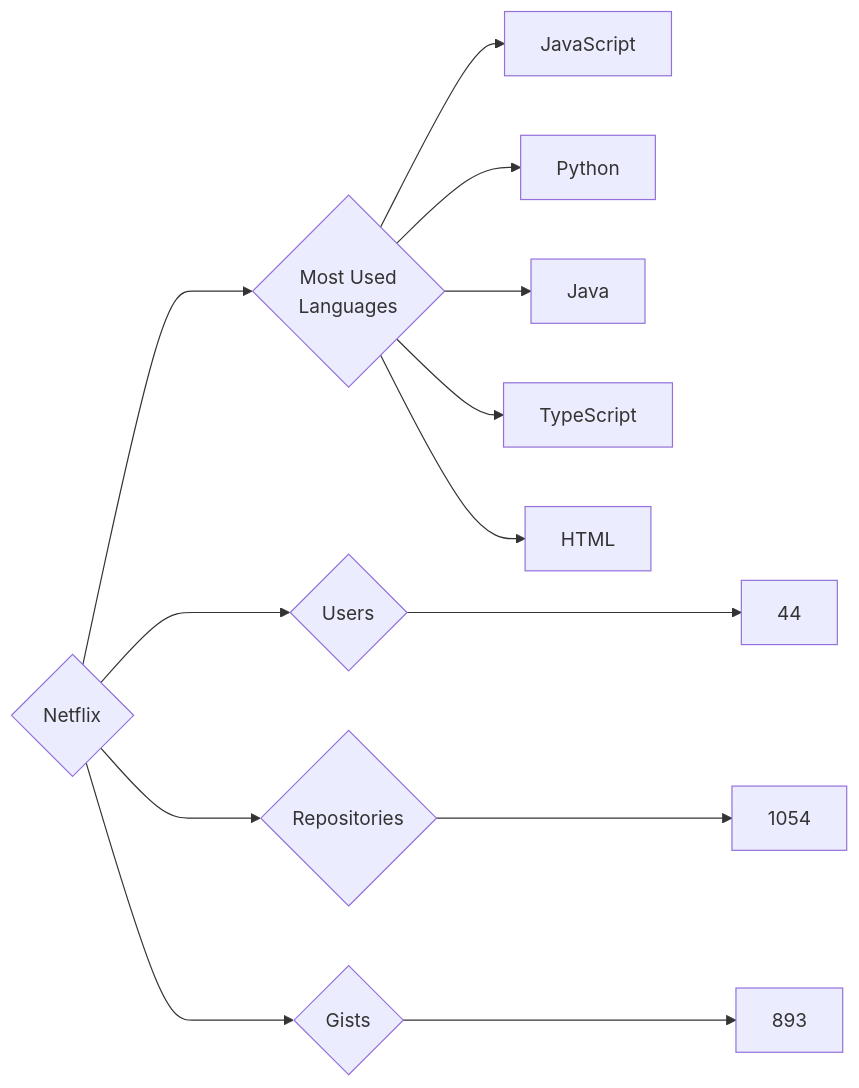
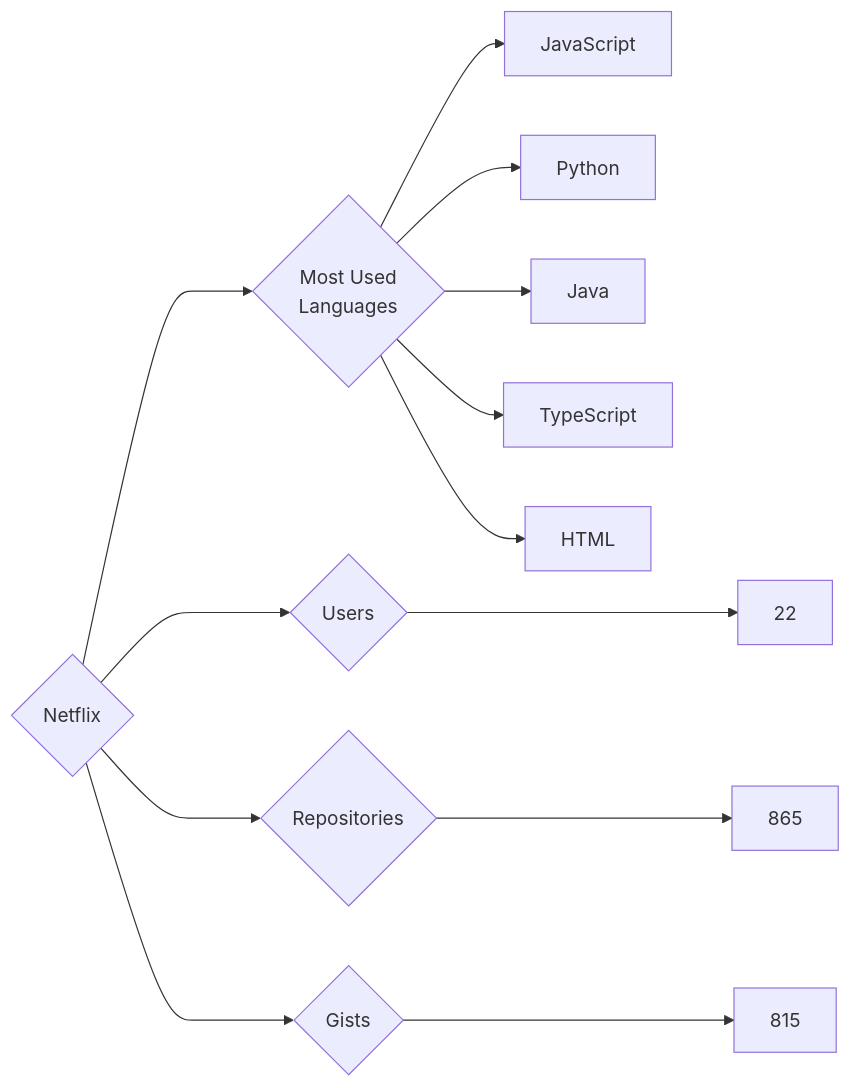
One commit to trickest/insiders changed the diagram in targets/Netflix/README.md. Above: the diagram before and after it, drawn with Mermaid. The commit also changed 794 other files, not shown here.

````diff
--- a/targets/Netflix/README.md
+++ b/targets/Netflix/README.md
@@ -3,13 +3,13 @@
 ```mermaid
 graph LR
 COMPANY_NAME{Netflix}
-COMPANY_NAME ---> U{Users} ---> UN[44]
-COMPANY_NAME ---> R{Repositories} ---> RN[1054]
-COMPANY_NAME ---> G{Gists} ---> GN[893]
+COMPANY_NAME ---> U{Users} ---> UN[22]
+COMPANY_NAME ---> R{Repositories} ---> RN[865]
+COMPANY_NAME ---> G{Gists} ---> GN[815]
 COMPANY_NAME ---> ML{Most Used<br>Languages}
 ML --> JavaScript[JavaScript]
 ML --> Python[Python]
 ML --> Java[Java]
 ML --> TypeScript[TypeScript]
 ML --> HTML[HTML]
 ```
````
